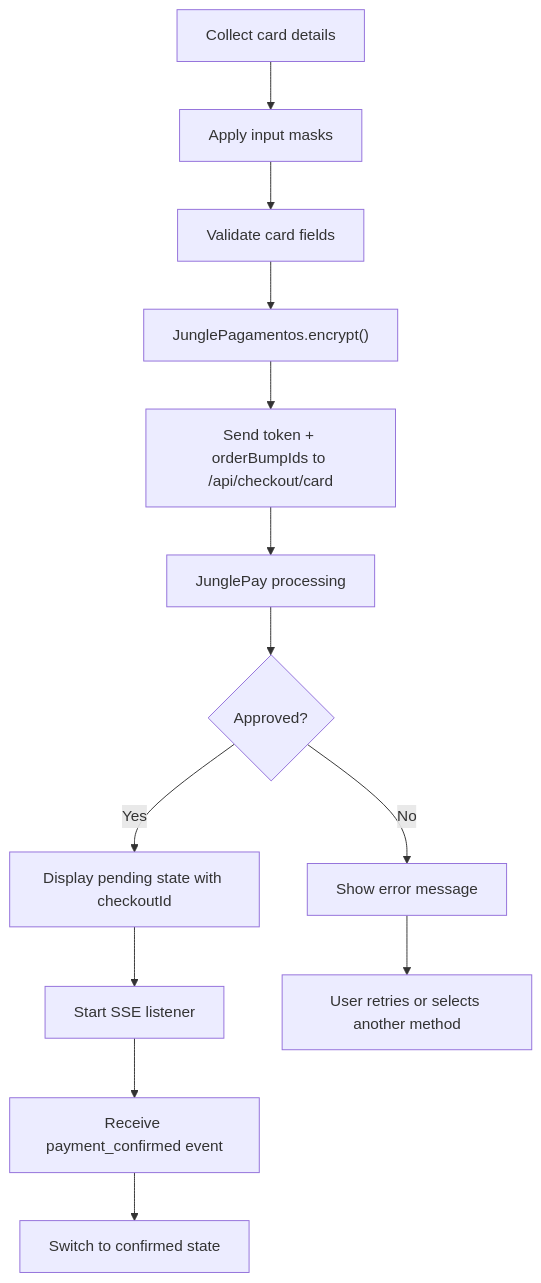
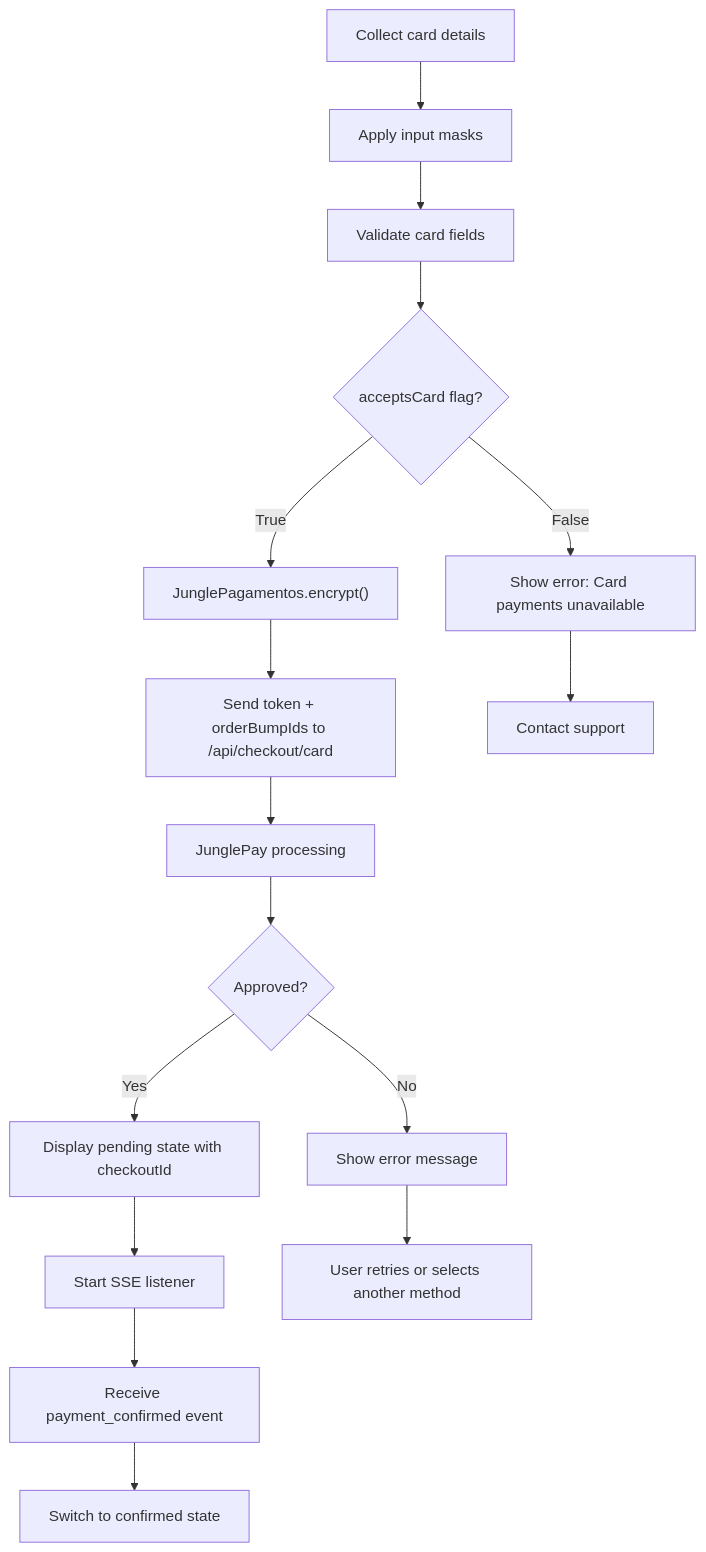
The fifth of 16 diagrams in .qoder/repowiki/en/content/Page Components/Checkout Flow.md (eromedrive2tb-gif/Avitrine), drawn with Mermaid before and after one commit. The commit also changed other lines of this file and 18 other files, not shown here.

````diff
--- a/.qoder/repowiki/en/content/Page Components/Checkout Flow.md
+++ b/.qoder/repowiki/en/content/Page Components/Checkout Flow.md
@@ -291,15 +306,18 @@
 ```mermaid
 flowchart TD
 Collect["Collect card details"] --> Mask["Apply input masks"]
 Mask --> Validate["Validate card fields"]
-Validate --> Tokenize["JunglePagamentos.encrypt()"]
+Validate --> CheckAvailability{"acceptsCard flag?"}
+CheckAvailability --> |False| ShowError["Show error: Card payments unavailable"]
+CheckAvailability --> |True| Tokenize["JunglePagamentos.encrypt()"]
 Tokenize --> Send["Send token + orderBumpIds to /api/checkout/card"]
 Send --> Process["JunglePay processing"]
 Process --> Result{"Approved?"}
 Result --> |Yes| ShowPending["Display pending state with checkoutId"]
 Result --> |No| Error["Show error message"]
 ShowPending --> StartSSE["Start SSE listener"]
 StartSSE --> ReceiveEvent["Receive payment_confirmed event"]
 ReceiveEvent --> ShowConfirmed["Switch to confirmed state"]
+ShowError --> ContactSupport["Contact support"]
 Error --> Retry["User retries or selects another method"]
 ```
````
